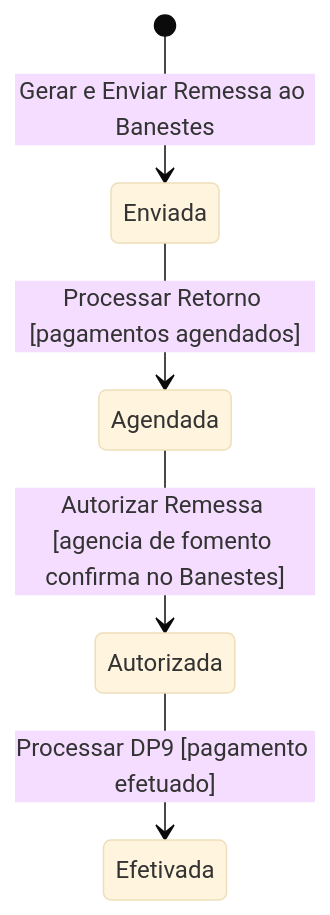
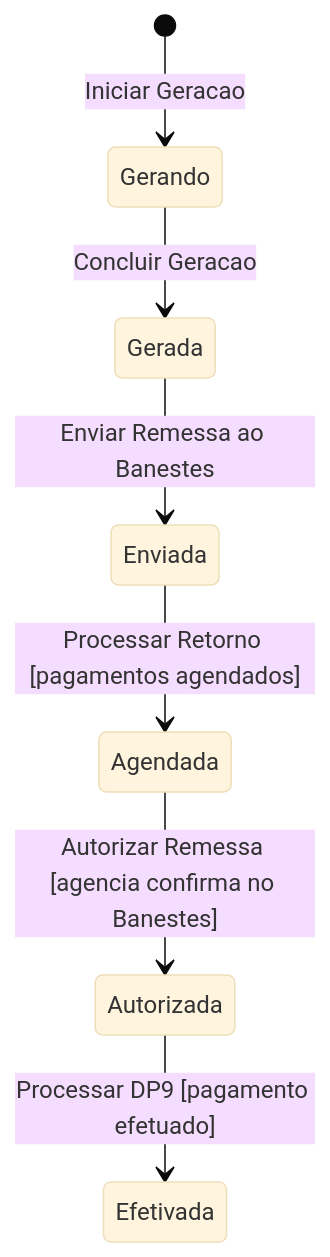
Before and after one commit to Czzped/conecta-fapes-teste: the sixth of 8 diagrams in docs/implementation/modules/M004-pagamento-bolsista/modelo-comportamental.md, drawn with Mermaid (base theme). The commit also changed other lines of this file and 178 other files, not shown here.

````diff
--- a/docs/implementation/modules/M004-pagamento-bolsista/modelo-comportamental.md
+++ b/docs/implementation/modules/M004-pagamento-bolsista/modelo-comportamental.md
@@ -73,7 +89,9 @@
 ```mermaid
 stateDiagram-v2
-    [*] --> Enviada : Gerar e Enviar Remessa ao Banestes
+    [*] --> Gerando : Iniciar Geracao
+    Gerando --> Gerada : Concluir Geracao
+    Gerada --> Enviada : Enviar Remessa ao Banestes
     Enviada --> Agendada : Processar Retorno [pagamentos agendados]
-    Agendada --> Autorizada : Autorizar Remessa [agencia de fomento confirma no Banestes]
+    Agendada --> Autorizada : Autorizar Remessa [agencia confirma no Banestes]
     Autorizada --> Efetivada : Processar DP9 [pagamento efetuado]
 ```
````
